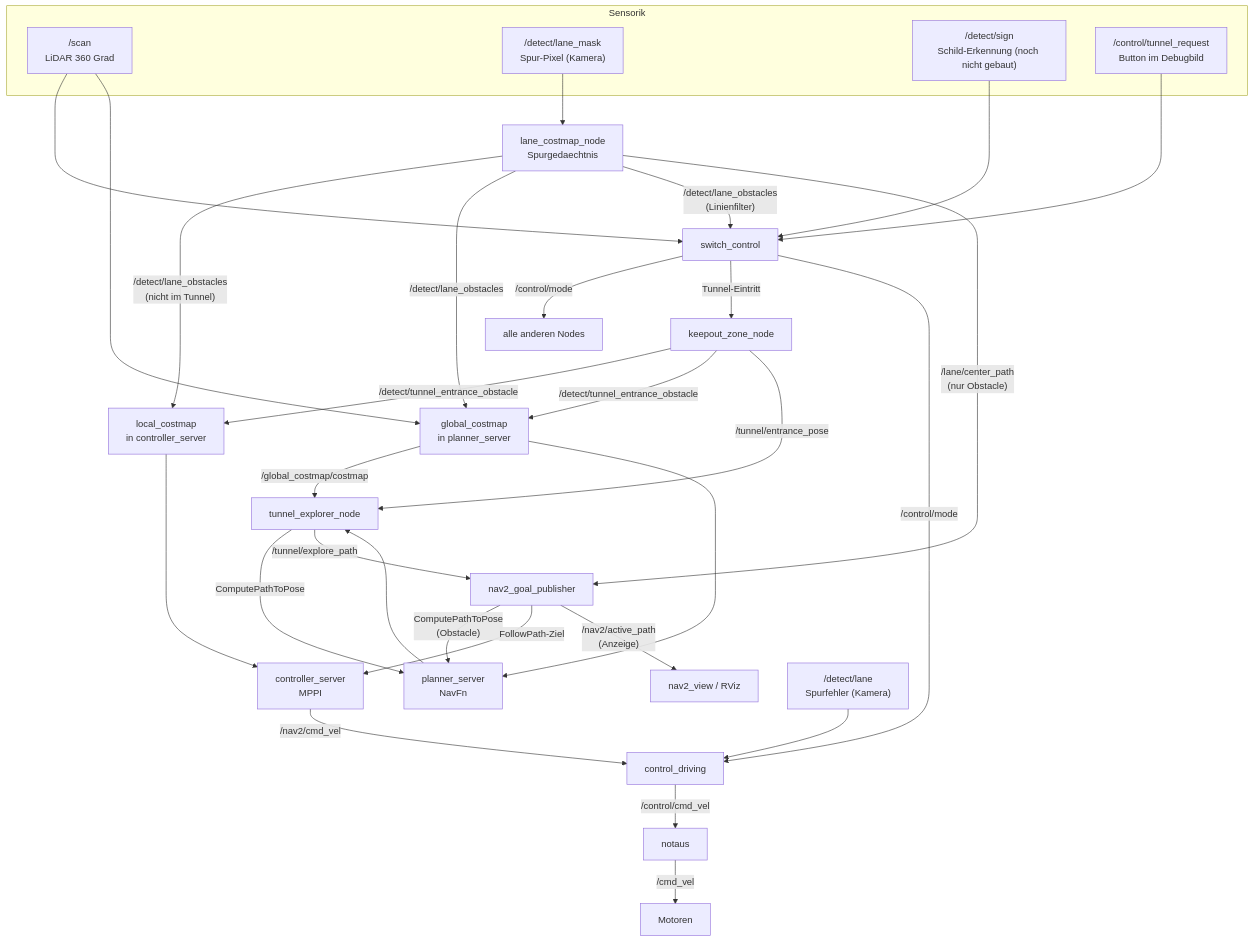
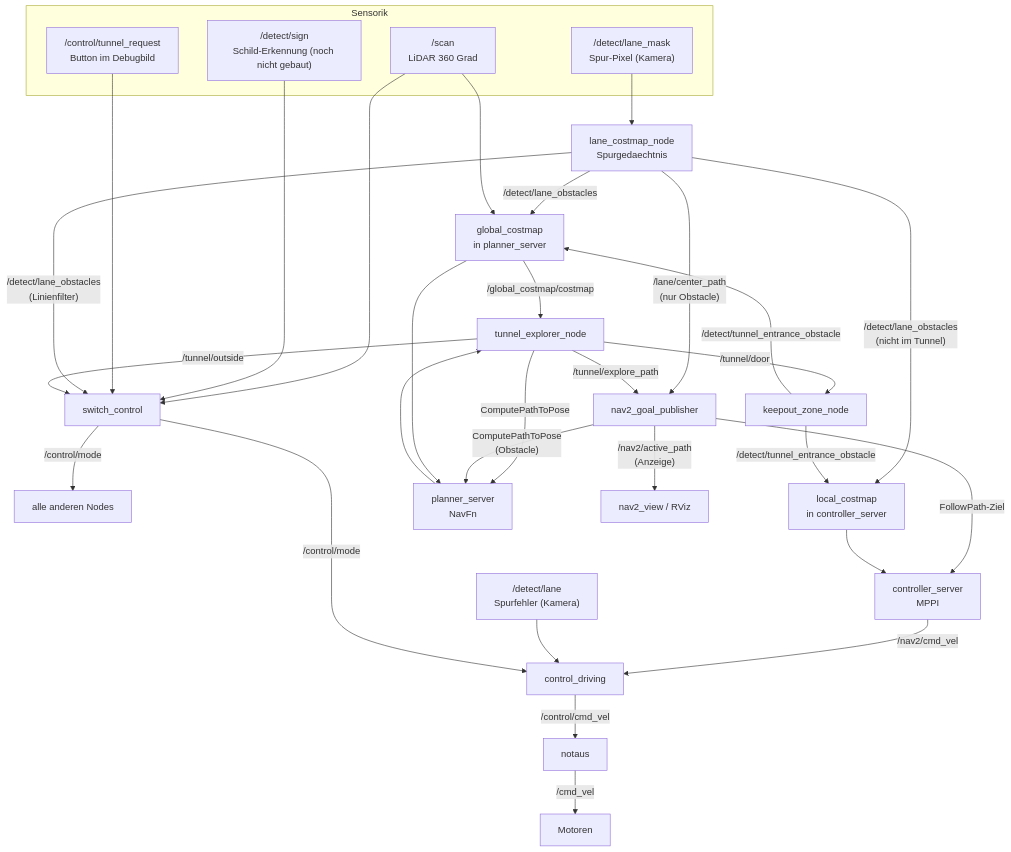
One commit to NaiRolF878/TurtleBot3-URMC changed the second of 3 diagrams in docs/Nav2LocalCoastmap_Doku.md. Above: the diagram before and after it, drawn with Mermaid. The commit also changed other lines of this file and 14 other files, not shown here.

````diff
--- a/docs/Nav2LocalCoastmap_Doku.md
+++ b/docs/Nav2LocalCoastmap_Doku.md
@@ -69,42 +69,42 @@
 ```mermaid
 flowchart TB
     subgraph Sensorik
         SCAN["/scan\nLiDAR 360 Grad"]
         LANE["/detect/lane_mask\nSpur-Pixel (Kamera)"]
         SIGN["/detect/sign\nSchild-Erkennung (noch nicht gebaut)"]
         BTN["/control/tunnel_request\nButton im Debugbild"]
     end
 
     SCAN --> SC[switch_control]
     SIGN --> SC
     BTN --> SC
     SC -->|"/control/mode"| ALL[alle anderen Nodes]
 
     LANE --> LCM[lane_costmap_node\nSpurgedaechtnis]
     LCM -->|"/detect/lane_obstacles\n(nicht im Tunnel)"| LC[local_costmap\nin controller_server]
     LCM -->|"/detect/lane_obstacles"| GC[global_costmap\nin planner_server]
     LCM -->|"/detect/lane_obstacles\n(Linienfilter)"| SC
     LCM -->|"/lane/center_path\n(nur Obstacle)"| GP
 
-    SC -->|Tunnel-Eintritt| KZ[keepout_zone_node]
+    TE[tunnel_explorer_node] -->|"/tunnel/door"| KZ[keepout_zone_node]
     KZ -->|"/detect/tunnel_entrance_obstacle"| LC
     KZ -->|"/detect/tunnel_entrance_obstacle"| GC
-    KZ -->|"/tunnel/entrance_pose"| TE[tunnel_explorer_node]
+    TE -->|"/tunnel/outside"| SC
     SCAN --> GC
 
     GC -->|"/global_costmap/costmap"| TE
     TE -->|"ComputePathToPose"| PS[planner_server\nNavFn]
     PS --> TE
     TE -->|"/tunnel/explore_path"| GP[nav2_goal_publisher]
     GP -->|"ComputePathToPose\n(Obstacle)"| PS
     GC --> PS
 
     GP -->|"FollowPath-Ziel"| CS[controller_server\nMPPI]
     GP -->|"/nav2/active_path\n(Anzeige)"| VIEW[nav2_view / RViz]
     LC --> CS
     CS -->|"/nav2/cmd_vel"| CD[control_driving]
     DL["/detect/lane\nSpurfehler (Kamera)"] --> CD
     SC -->|"/control/mode"| CD
     CD -->|"/control/cmd_vel"| NA[notaus]
     NA -->|"/cmd_vel"| MOT[Motoren]
 ```
````
